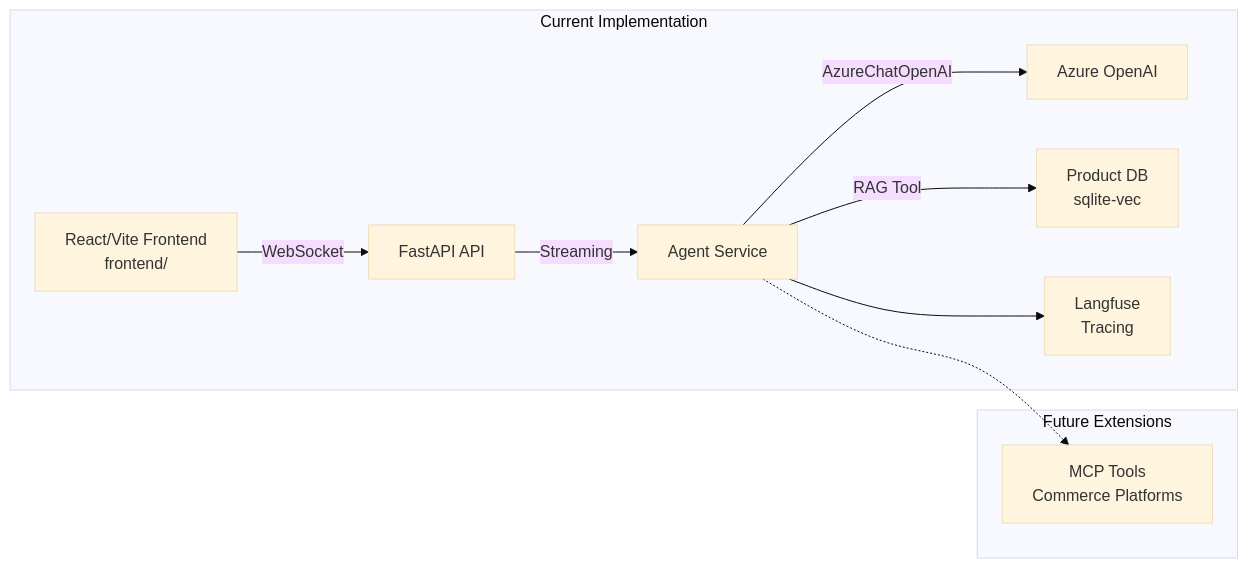
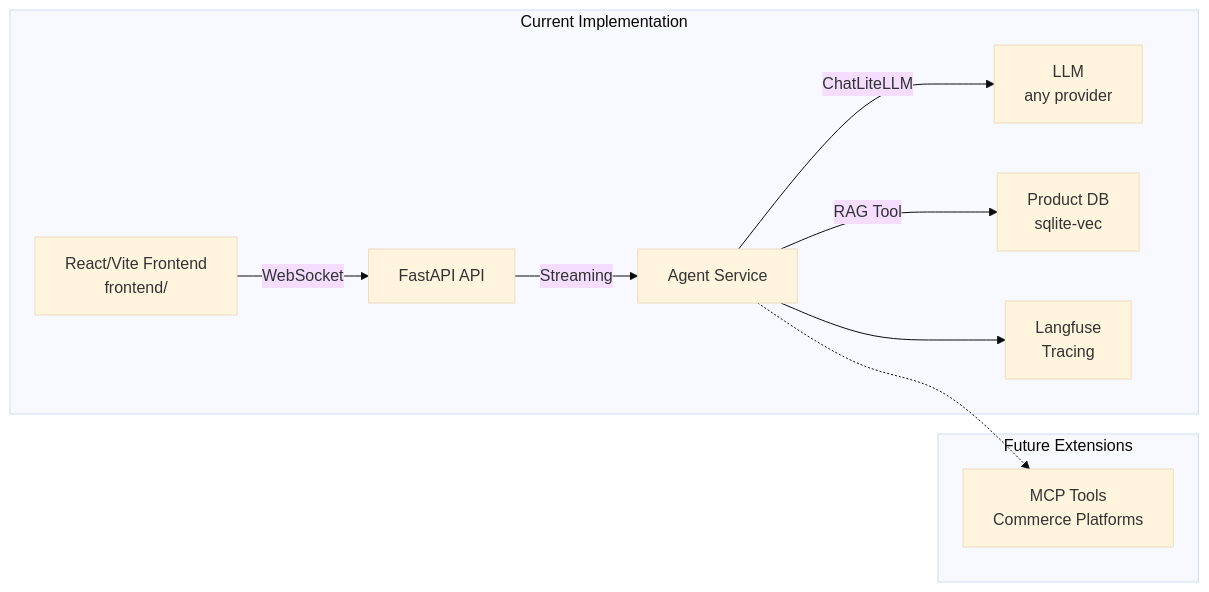
Before and after one commit to netguru/chatguru: the diagram in README.md, drawn with Mermaid (base theme). The commit also changed other lines of this file and 7 other files, not shown here.

````diff
--- a/README.md
+++ b/README.md
@@ -122,15 +122,15 @@
 ```mermaid
 graph LR
     subgraph "Current Implementation"
         UI[React/Vite Frontend<br/>frontend/] -->|WebSocket| API[FastAPI API]
         API -->|Streaming| AGENT[Agent Service]
-        AGENT -->|AzureChatOpenAI| LLM[Azure OpenAI]
+        AGENT -->|ChatLiteLLM| LLM[LLM<br/>any provider]
         AGENT -->|RAG Tool| PRODUCTDB[Product DB<br/>sqlite-vec]
         AGENT --> LANGFUSE[Langfuse<br/>Tracing]
     end
 
     subgraph "Future Extensions"
         MCP[MCP Tools<br/>Commerce Platforms]
         AGENT -.-> MCP
     end
 ```
````
